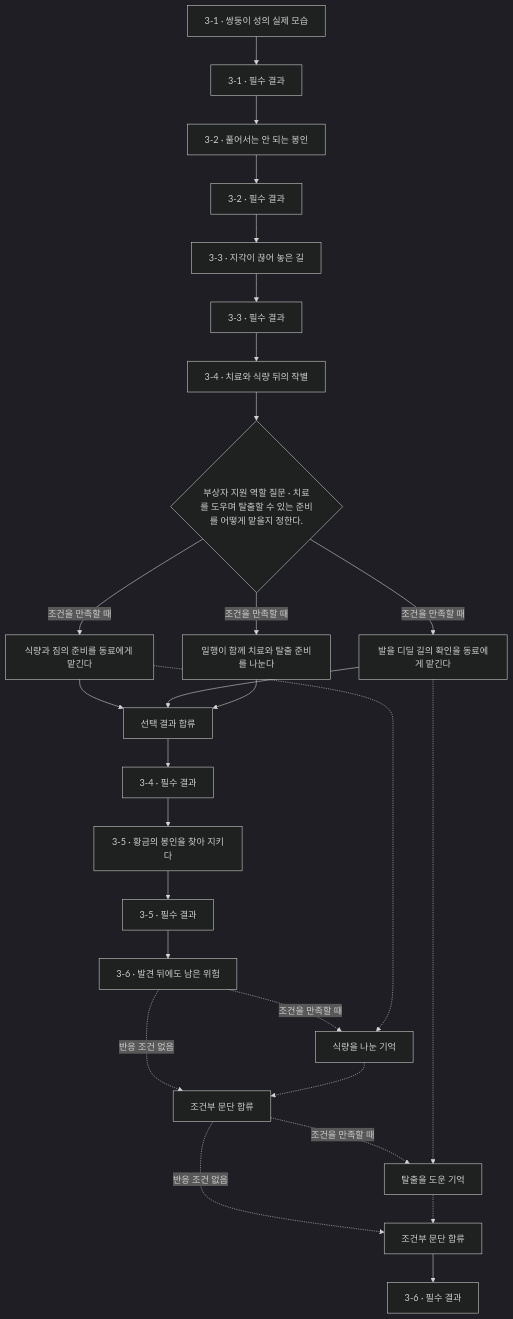
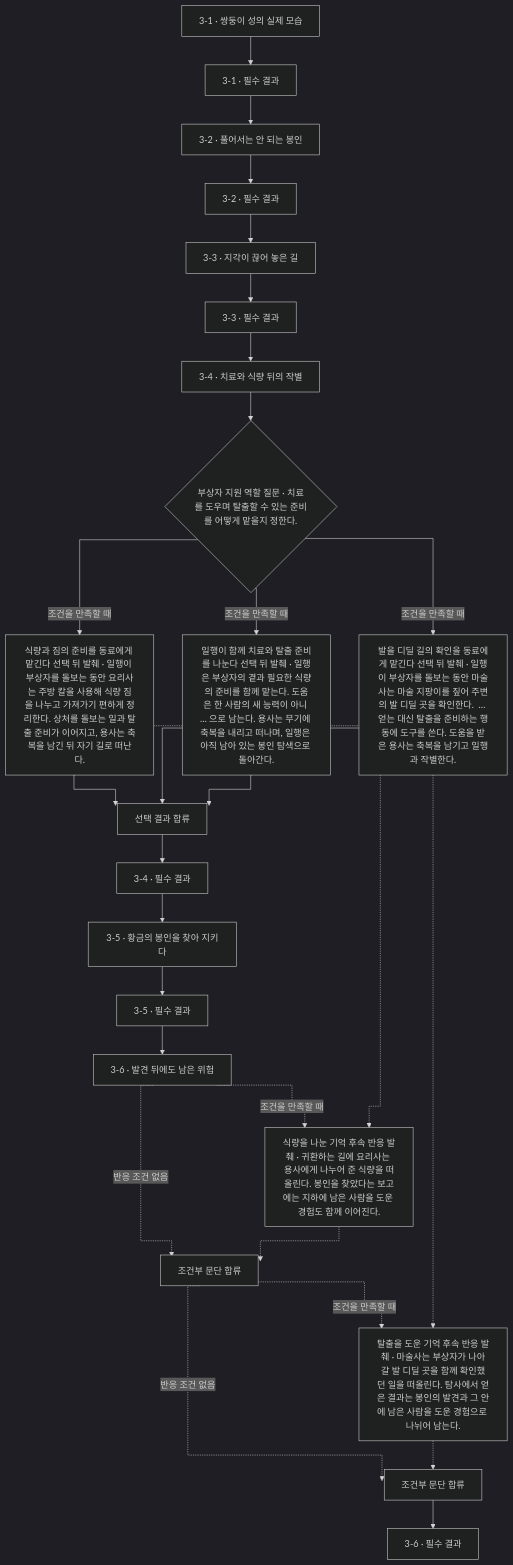
Before and after one commit to obmaz/lore: the fifth of 17 diagrams in novel/writing/publication/generated/flow.md, drawn with Mermaid (dark theme). The commit also changed other lines of this file and 20 other files, not shown here.

Commit message:
Show branch outcomes and route graph memory links orthogonally

````diff
--- a/novel/writing/publication/generated/flow.md
+++ b/novel/writing/publication/generated/flow.md
@@ -314,50 +318,51 @@
 ```mermaid
+%%{init: {"flowchart": {"curve": "stepAfter"}}}%%
 flowchart TB
   n7216788685849d80["3-1 · 쌍둥이 성의 실제 모습"]
   n7a8c2b9feeae37e1["3-1 · 필수 결과"]
   ne7bfeaa76bd3fef6["3-2 · 풀어서는 안 되는 봉인"]
   n492fce4ce46bbed7["3-2 · 필수 결과"]
   ne527eca33bc8daea["3-3 · 지각이 끊어 놓은 길"]
   n2c6c014b92997d95["3-3 · 필수 결과"]
   n9685c5def288a6a2["3-4 · 치료와 식량 뒤의 작별"]
   n0d19856f5b251974{"부상자 지원 역할 질문 · 치료를 도우며 탈출할 수 있는 준비를 어떻게 맡을지 정한다."}
   n100f5cade1ab879b["선택 결과 합류"]
-  nff960f8679664228["식량과 짐의 준비를 동료에게 맡긴다"]
-  nceecfe929496c42b["발을 디딜 길의 확인을 동료에게 맡긴다"]
-  ne79c577872163da4["일행이 함께 치료와 탈출 준비를 나눈다"]
+  nff960f8679664228["식량과 짐의 준비를 동료에게 맡긴다 선택 뒤 발췌 · 일행이 부상자를 돌보는 동안 요리사는 주방 칼을 사용해 식량 짐을 나누고 가져가기 편하게 정리한다. 상처를 돌보는 일과 탈출 준비가 이어지고, 용사는 축복을 남긴 뒤 자기 길로 떠난다."]
+  nceecfe929496c42b["발을 디딜 길의 확인을 동료에게 맡긴다 선택 뒤 발췌 · 일행이 부상자를 돌보는 동안 마술사는 마술 지팡이를 짚어 주변의 발 디딜 곳을 확인한다.  … 얻는 대신 탈출을 준비하는 행동에 도구를 쓴다. 도움을 받은 용사는 축복을 남기고 일행과 작별한다."]
+  ne79c577872163da4["일행이 함께 치료와 탈출 준비를 나눈다 선택 뒤 발췌 · 일행은 부상자의 곁과 필요한 식량의 준비를 함께 맡는다. 도움은 한 사람의 새 능력이 아니 … 으로 남는다. 용사는 무기에 축복을 내리고 떠나며, 일행은 아직 남아 있는 봉인 탐색으로 돌아간다."]
   nf59faa81c561477f["3-4 · 필수 결과"]
   nf2c3cab1e78bd1b1["3-5 · 황금의 봉인을 찾아 지키다"]
   nbb33fe7fbebd0921["3-5 · 필수 결과"]
   ne336c8ffa578ef33["3-6 · 발견 뒤에도 남은 위험"]
-  nf35327c9f551feb8["식량을 나눈 기억"]
+  nf35327c9f551feb8["식량을 나눈 기억 후속 반응 발췌 · 귀환하는 길에 요리사는 용사에게 나누어 준 식량을 떠올린다. 봉인을 찾았다는 보고에는 지하에 남은 사람을 도운 경험도 함께 이어진다."]
   n25b8b37767881ea0["조건부 문단 합류"]
-  n182fea9dcb126804["탈출을 도운 기억"]
+  n182fea9dcb126804["탈출을 도운 기억 후속 반응 발췌 · 마술사는 부상자가 나아갈 발 디딜 곳을 함께 확인했던 일을 떠올린다. 탐사에서 얻은 결과는 봉인의 발견과 그 안에 남은 사람을 도운 경험으로 나뉘어 남는다."]
   n959b8112a6913dbd["조건부 문단 합류"]
   n090c500cbe4092af["3-6 · 필수 결과"]
   n7216788685849d80 --> n7a8c2b9feeae37e1
   ne7bfeaa76bd3fef6 --> n492fce4ce46bbed7
   n7a8c2b9feeae37e1 --> ne7bfeaa76bd3fef6
   ne527eca33bc8daea --> n2c6c014b92997d95
   n492fce4ce46bbed7 --> ne527eca33bc8daea
   n9685c5def288a6a2 --> n0d19856f5b251974
   n0d19856f5b251974 -->|조건을 만족할 때| nff960f8679664228
   nff960f8679664228 --> n100f5cade1ab879b
   n0d19856f5b251974 -->|조건을 만족할 때| nceecfe929496c42b
   nceecfe929496c42b --> n100f5cade1ab879b
   n0d19856f5b251974 -->|조건을 만족할 때| ne79c577872163da4
   ne79c577872163da4 --> n100f5cade1ab879b
   n100f5cade1ab879b --> nf59faa81c561477f
   n2c6c014b92997d95 --> n9685c5def288a6a2
   nf2c3cab1e78bd1b1 --> nbb33fe7fbebd0921
   nf59faa81c561477f --> nf2c3cab1e78bd1b1
   ne336c8ffa578ef33 -.->|조건을 만족할 때| nf35327c9f551feb8
   ne336c8ffa578ef33 -.->|반응 조건 없음| n25b8b37767881ea0
   nf35327c9f551feb8 -.-> n25b8b37767881ea0
   n25b8b37767881ea0 -.->|조건을 만족할 때| n182fea9dcb126804
   n25b8b37767881ea0 -.->|반응 조건 없음| n959b8112a6913dbd
   n182fea9dcb126804 -.-> n959b8112a6913dbd
   n959b8112a6913dbd --> n090c500cbe4092af
   nbb33fe7fbebd0921 --> ne336c8ffa578ef33
   nceecfe929496c42b -.-> n182fea9dcb126804
   nff960f8679664228 -.-> nf35327c9f551feb8
 ```
````
